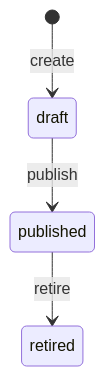
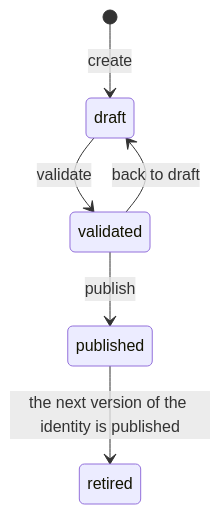
The second of 6 diagrams in api/docs/architecture/04-version-lifecycle.md (chrisaliotta/Quantalytix.QueryEngine.Admin), drawn with Mermaid before and after one commit. The commit also changed other lines of this file and 390 other files, not shown here.

First line of the commit message:
feat: enhance API documentation and architecture for versioning and assumption sets

````diff
--- a/api/docs/architecture/04-version-lifecycle.md
+++ b/api/docs/architecture/04-version-lifecycle.md
@@ -22,6 +22,8 @@
 ```mermaid
 stateDiagram-v2
     [*] --> draft : create
-    draft --> published : publish
-    published --> retired : retire
+    draft --> validated : validate
+    validated --> draft : back to draft
+    validated --> published : publish
+    published --> retired : the next version of the identity is published
 ```
````
